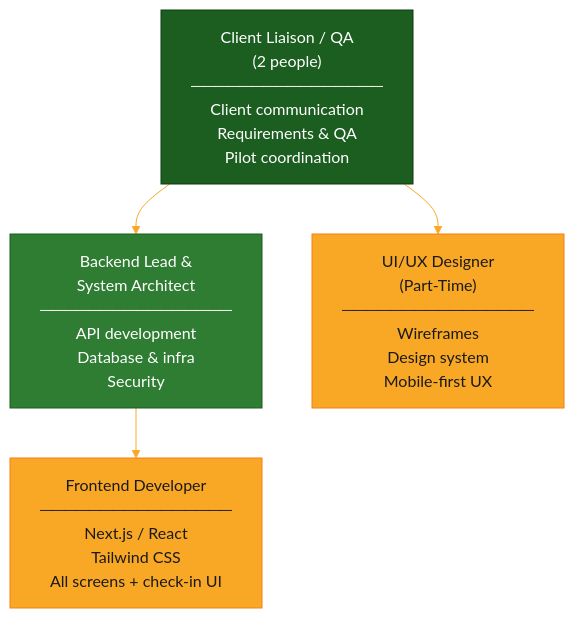
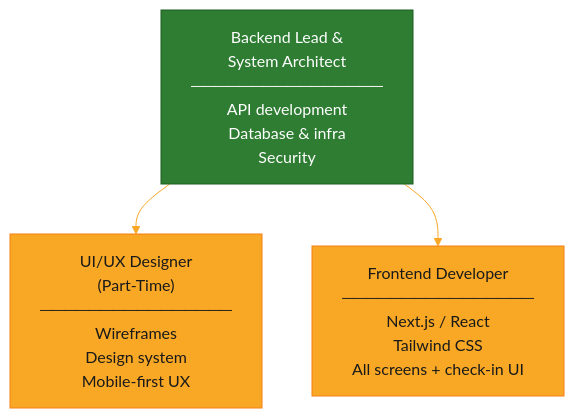
Before and after one commit to hermitex/riab: the sixth of 7 diagrams in proposal/REAL-University-Platform-Proposal.md, drawn with Mermaid. The commit also changed other lines of this file, not shown here.

````diff
--- a/proposal/REAL-University-Platform-Proposal.md
+++ b/proposal/REAL-University-Platform-Proposal.md
@@ -214,16 +214,13 @@
 ```mermaid
 %%{init: {'theme': 'base', 'themeVariables': { 'primaryColor': '#2E7D32', 'primaryTextColor': '#fff', 'lineColor': '#F9A825'}}}%%
 graph TB
-    LIAISON["Client Liaison / QA<br/>(2 people)<br/>────────────────<br/>Client communication<br/>Requirements & QA<br/>Pilot coordination"]
+    BE["Backend Lead &<br/>System Architect<br/>────────────────<br/>API development<br/>Database & infra<br/>Security"]
 
-    LIAISON --> BE["Backend Lead &<br/>System Architect<br/>────────────────<br/>API development<br/>Database & infra<br/>Security"]
-
-    LIAISON --> UX["UI/UX Designer<br/>(Part-Time)<br/>────────────────<br/>Wireframes<br/>Design system<br/>Mobile-first UX"]
+    BE --> UX["UI/UX Designer<br/>(Part-Time)<br/>────────────────<br/>Wireframes<br/>Design system<br/>Mobile-first UX"]
 
     BE --> FE["Frontend Developer<br/>────────────────<br/>Next.js / React<br/>Tailwind CSS<br/>All screens + check-in UI"]
 
-    style LIAISON fill:#1B5E20,stroke:#0D3B0E,color:#fff
     style BE fill:#2E7D32,stroke:#1B5E20,color:#fff
     style UX fill:#F9A825,stroke:#F57F17,color:#1A1A1A
     style FE fill:#F9A825,stroke:#F57F17,color:#1A1A1A
 ```
````
